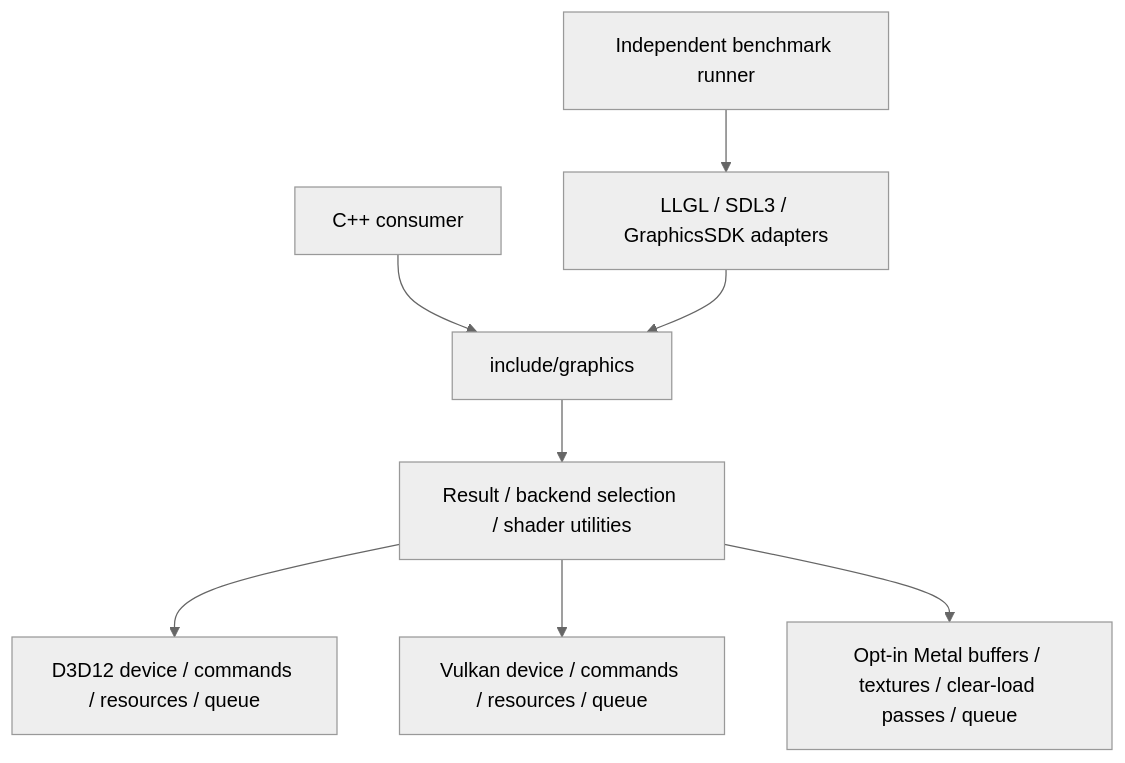
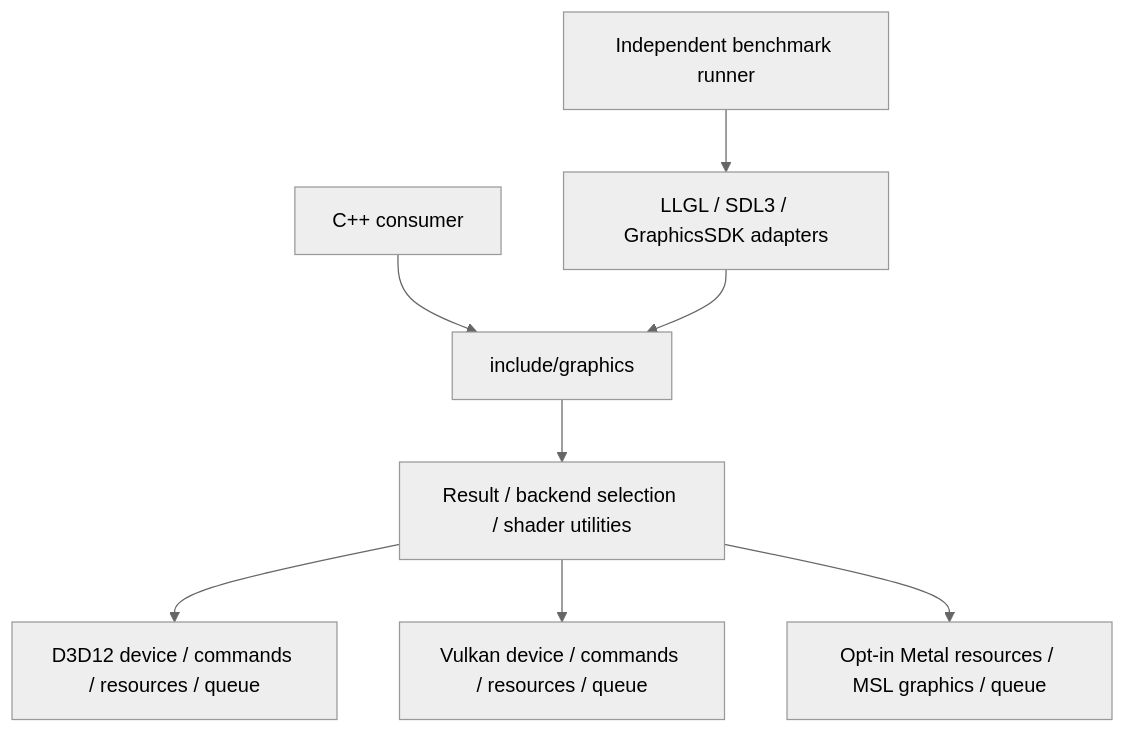
One commit to blackvrice/GraphicsSDK changed the diagram in docs/ARCHITECTURE.md. Above: the diagram before and after it, drawn with Mermaid (neutral theme). The commit also changed other lines of this file and 19 other files, not shown here.

Commit message:
Archive verified Metal draw matrix and document graphics contracts

````diff
--- a/docs/ARCHITECTURE.md
+++ b/docs/ARCHITECTURE.md
@@ -7,10 +7,10 @@
 ```mermaid
 flowchart TD
   Consumer[C++ consumer] --> API[include/graphics]
   API --> Core[Result / backend selection / shader utilities]
   Core --> D3D12[D3D12 device / commands / resources / queue]
   Core --> Vulkan[Vulkan device / commands / resources / queue]
-  Core --> Metal[Opt-in Metal buffers / textures / clear-load passes / queue]
+  Core --> Metal[Opt-in Metal resources / MSL graphics / queue]
   Suite[Independent benchmark runner] --> Adapters[LLGL / SDL3 / GraphicsSDK adapters]
   Adapters --> API
 ```
````
